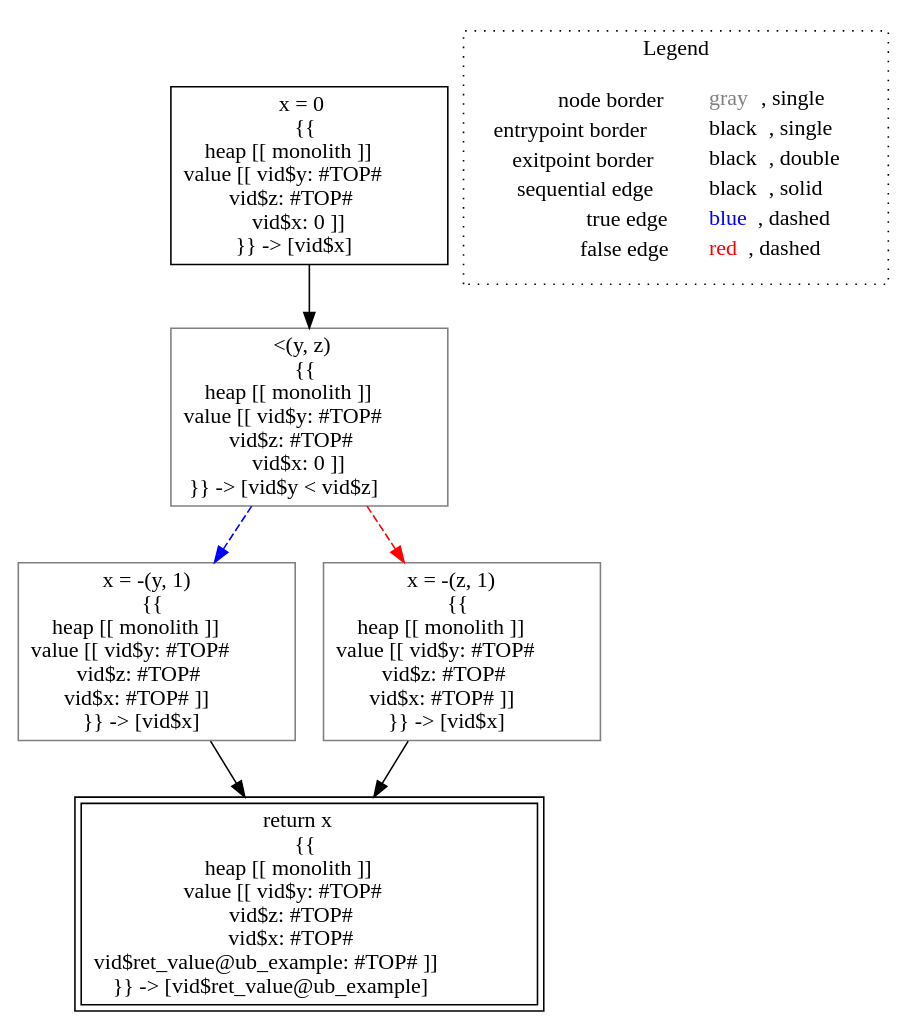
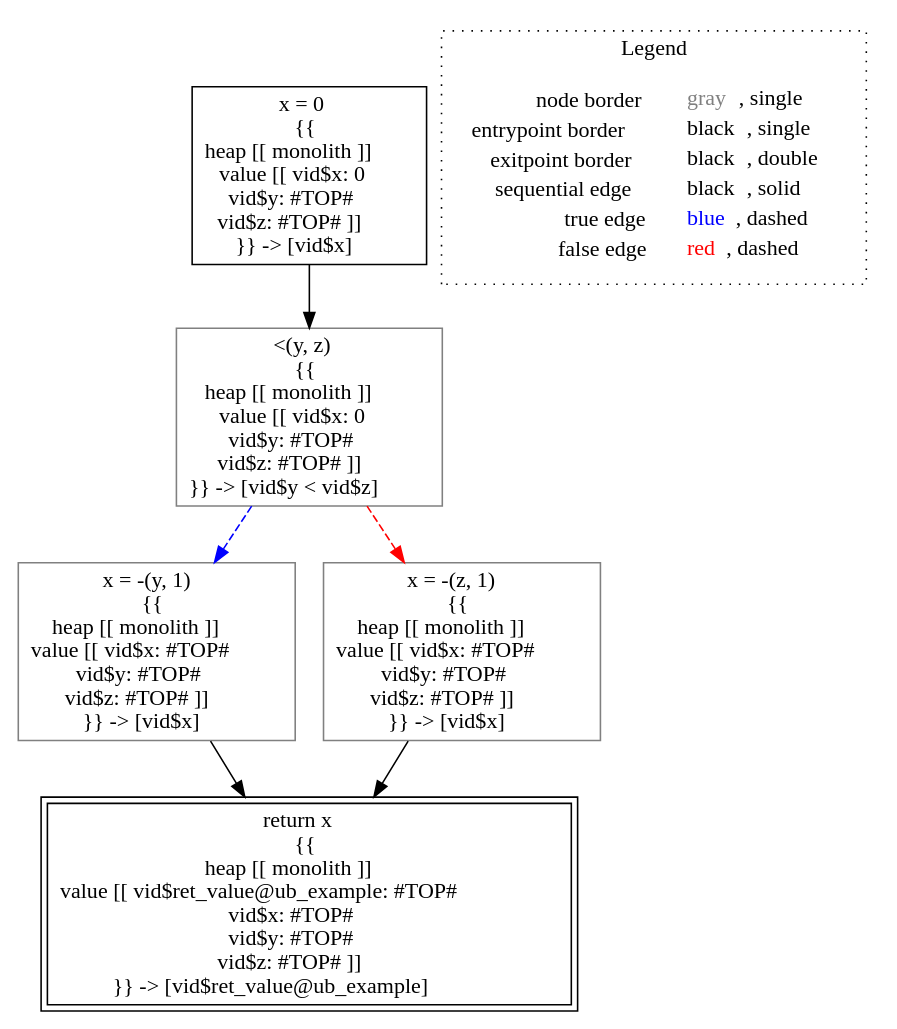
The diagram in lisa/imp-testcases/int-const/analysis___untyped_tutorial.ub_example(untyped_y,_untyped_z).dot (lisa-analyzer/lisa), drawn with Graphviz before and after one commit. The commit also changed 29 other files, not shown here.

```diff
--- a/lisa/imp-testcases/int-const/analysis___untyped_tutorial.ub_example(untyped_y,_untyped_z).dot
+++ b/lisa/imp-testcases/int-const/analysis___untyped_tutorial.ub_example(untyped_y,_untyped_z).dot
@@ -1,19 +1,19 @@
 digraph {
-	"node0" [shape="rect",color="black",label=<x = 0<BR/>{{<BR/>heap [[ monolith ]]<BR/>value [[ vid$y: #TOP#<BR/>vid$z: #TOP#<BR/>vid$x: 0 ]]<BR/>}} -&gt; [vid$x]>];
-	"node1" [shape="rect",color="gray",label=<x = -(y, 1)<BR/>{{<BR/>heap [[ monolith ]]<BR/>value [[ vid$y: #TOP#<BR/>vid$z: #TOP#<BR/>vid$x: #TOP# ]]<BR/>}} -&gt; [vid$x]>];
-	"node2" [shape="rect",color="black",peripheries="2",label=<return x<BR/>{{<BR/>heap [[ monolith ]]<BR/>value [[ vid$y: #TOP#<BR/>vid$z: #TOP#<BR/>vid$x: #TOP#<BR/>vid$ret_value@ub_example: #TOP# ]]<BR/>}} -&gt; [vid$ret_value@ub_example]>];
-	"node3" [shape="rect",color="gray",label=<x = -(z, 1)<BR/>{{<BR/>heap [[ monolith ]]<BR/>value [[ vid$y: #TOP#<BR/>vid$z: #TOP#<BR/>vid$x: #TOP# ]]<BR/>}} -&gt; [vid$x]>];
-	"node4" [shape="rect",color="gray",label=<&lt;(y, z)<BR/>{{<BR/>heap [[ monolith ]]<BR/>value [[ vid$y: #TOP#<BR/>vid$z: #TOP#<BR/>vid$x: 0 ]]<BR/>}} -&gt; [vid$y &lt; vid$z]>];
-	"node1" -> "node2" [color="black"];
-	"node3" -> "node2" [color="black"];
-	"node4" -> "node1" [color="blue",style="dashed"];
-	"node4" -> "node3" [color="red",style="dashed"];
-	"node0" -> "node4" [color="black"];
+	"node0" [shape="rect",color="black",label=<x = 0<BR/>{{<BR/>heap [[ monolith ]]<BR/>value [[ vid$x: 0<BR/>vid$y: #TOP#<BR/>vid$z: #TOP# ]]<BR/>}} -&gt; [vid$x]>];
+	"node1" [shape="rect",color="gray",label=<x = -(y, 1)<BR/>{{<BR/>heap [[ monolith ]]<BR/>value [[ vid$x: #TOP#<BR/>vid$y: #TOP#<BR/>vid$z: #TOP# ]]<BR/>}} -&gt; [vid$x]>];
+	"node2" [shape="rect",color="gray",label=<&lt;(y, z)<BR/>{{<BR/>heap [[ monolith ]]<BR/>value [[ vid$x: 0<BR/>vid$y: #TOP#<BR/>vid$z: #TOP# ]]<BR/>}} -&gt; [vid$y &lt; vid$z]>];
+	"node3" [shape="rect",color="black",peripheries="2",label=<return x<BR/>{{<BR/>heap [[ monolith ]]<BR/>value [[ vid$ret_value@ub_example: #TOP#<BR/>vid$x: #TOP#<BR/>vid$y: #TOP#<BR/>vid$z: #TOP# ]]<BR/>}} -&gt; [vid$ret_value@ub_example]>];
+	"node4" [shape="rect",color="gray",label=<x = -(z, 1)<BR/>{{<BR/>heap [[ monolith ]]<BR/>value [[ vid$x: #TOP#<BR/>vid$y: #TOP#<BR/>vid$z: #TOP# ]]<BR/>}} -&gt; [vid$x]>];
+	"node1" -> "node3" [color="black"];
+	"node2" -> "node1" [color="blue",style="dashed"];
+	"node2" -> "node4" [color="red",style="dashed"];
+	"node4" -> "node3" [color="black"];
+	"node0" -> "node2" [color="black"];
 subgraph cluster_legend {
 	label="Legend";
 	style=dotted;
 	node [shape=plaintext];
 	"legend" [label=<<table border="0" cellpadding="2" cellspacing="0" cellborder="0"><tr><td align="right">node border&nbsp;</td><td align="left"><font color="gray">gray</font>, single</td></tr><tr><td align="right">entrypoint border&nbsp;</td><td align="left"><font color="black">black</font>, single</td></tr><tr><td align="right">exitpoint border&nbsp;</td><td align="left"><font color="black">black</font>, double</td></tr><tr><td align="right">sequential edge&nbsp;</td><td align="left"><font color="black">black</font>, solid</td></tr><tr><td align="right">true edge&nbsp;</td><td align="left"><font color="blue">blue</font>, dashed</td></tr><tr><td align="right">false edge&nbsp;</td><td align="left"><font color="red">red</font>, dashed</td></tr></table>>];
 }
 
 }
```
